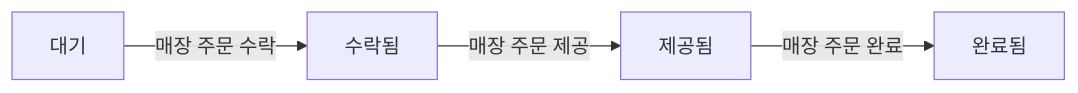
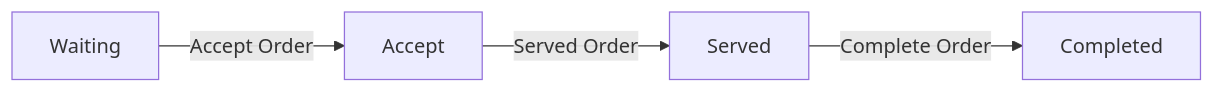
One commit to next-step/ddd-strategic-design changed the second of 5 diagrams in README.md. Above: the diagram before and after it, drawn with Mermaid. The commit also changed other lines of this file, not shown here.

````diff
--- a/README.md
+++ b/README.md
@@ -308,6 +320,6 @@
-```mermaid
-graph LR
-    A[대기] --매장 주문 수락--> B[수락됨];
-    B --매장 주문 제공--> C[제공됨];
-    C --매장 주문 완료--> F[완료됨];
-``` 
+    ```mermaid
+      graph LR
+      A[Waiting] --Accept Order--> B[Accept];
+      B --Served Order--> C[Served];
+      C --Complete Order--> F[Completed];
+    ``` 
````
